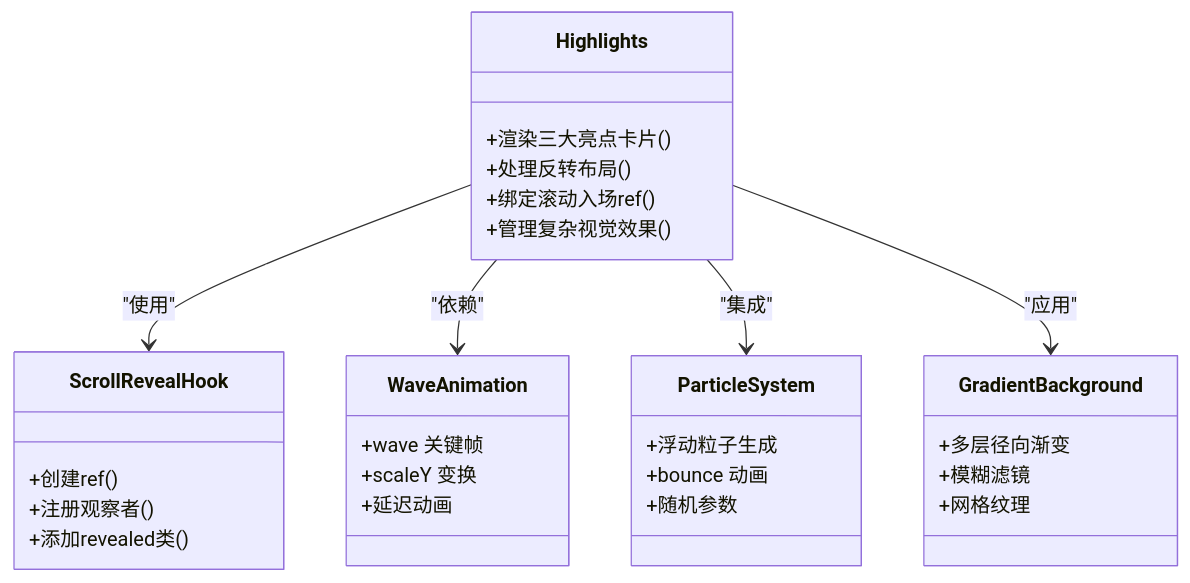
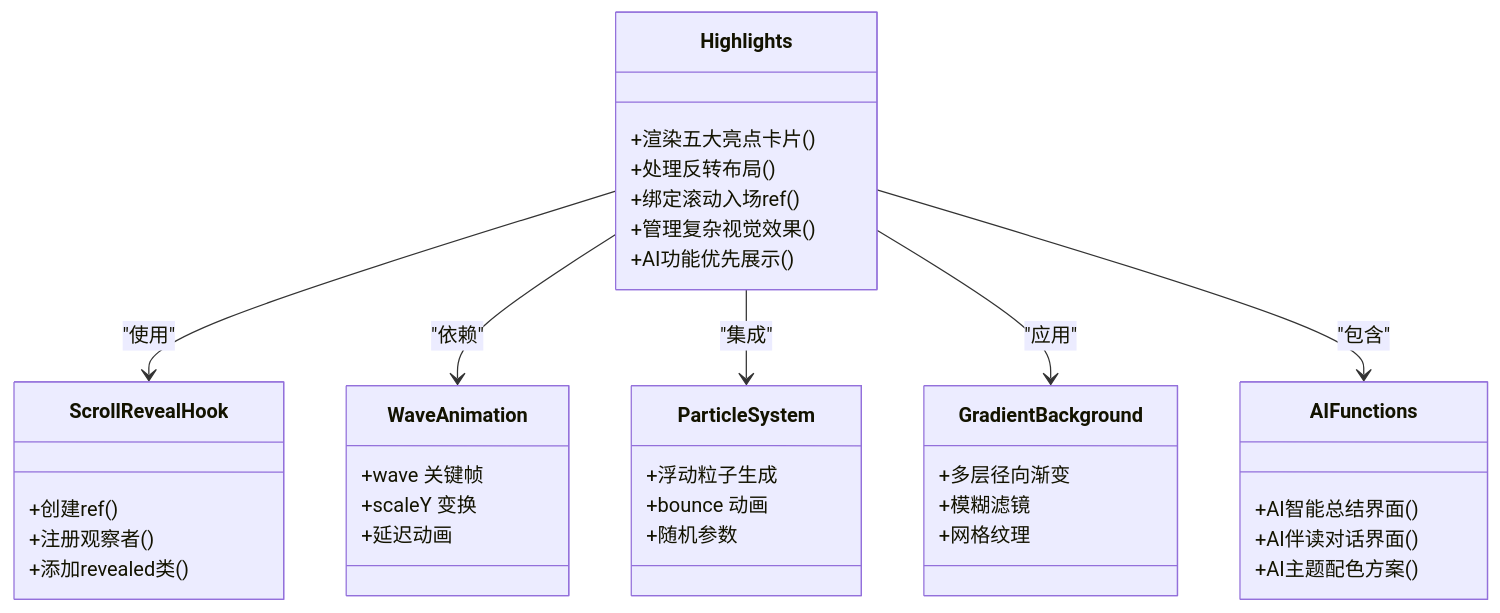
One commit to Primoguo/naolizhi.cn changed the fourth of 5 diagrams in .qoder/repowiki/zh/content/架构设计/组件架构/页面组件/Highlights组件.md. Above: the diagram before and after it, drawn with Mermaid. The commit also changed other lines of this file and 23 other files, not shown here.

````diff
--- a/.qoder/repowiki/zh/content/架构设计/组件架构/页面组件/Highlights组件.md
+++ b/.qoder/repowiki/zh/content/架构设计/组件架构/页面组件/Highlights组件.md
@@ -182,33 +199,40 @@
 ```mermaid
 classDiagram
 class Highlights {
-+渲染三大亮点卡片()
++渲染五大亮点卡片()
 +处理反转布局()
 +绑定滚动入场ref()
 +管理复杂视觉效果()
++AI功能优先展示()
 }
 class ScrollRevealHook {
 +创建ref()
 +注册观察者()
 +添加revealed类()
 }
 class WaveAnimation {
 +wave 关键帧
 +scaleY 变换
 +延迟动画
 }
 class ParticleSystem {
 +浮动粒子生成
 +bounce 动画
 +随机参数
 }
 class GradientBackground {
 +多层径向渐变
 +模糊滤镜
 +网格纹理
 }
+class AIFunctions {
++AI智能总结界面()
++AI伴读对话界面()
++AI主题配色方案()
+}
 Highlights --> ScrollRevealHook : "使用"
 Highlights --> WaveAnimation : "依赖"
 Highlights --> ParticleSystem : "集成"
 Highlights --> GradientBackground : "应用"
+Highlights --> AIFunctions : "包含"
 ```
````
